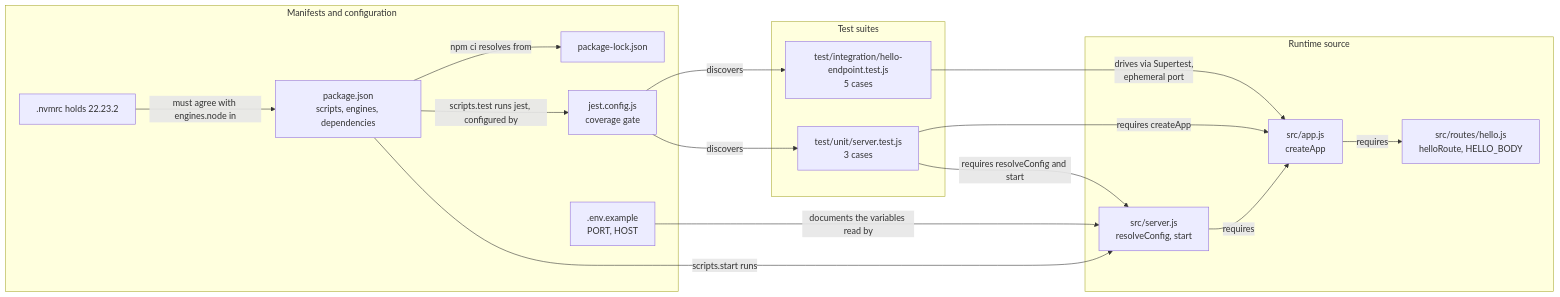
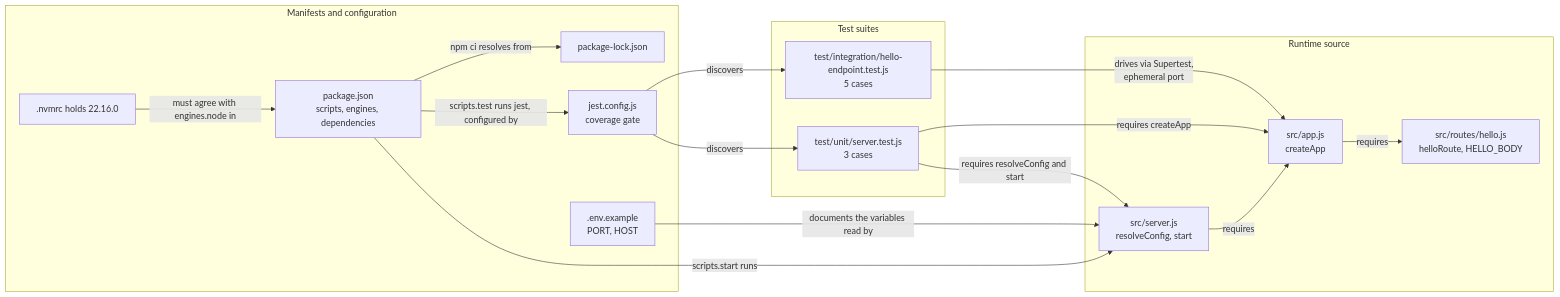
Before and after one commit to blitzytest02/blitzy-20250603112937552: the third of 3 diagrams in src/nodejs-tutorial/README.md, drawn with Mermaid. The commit also changed other lines of this file and 8 other files, not shown here.

````diff
--- a/src/nodejs-tutorial/README.md
+++ b/src/nodejs-tutorial/README.md
@@ -1033,32 +925,32 @@
 ```mermaid
 flowchart LR
     subgraph RuntimeSrc["Runtime source"]
         Server["src/server.js<br/>resolveConfig, start"]
         App["src/app.js<br/>createApp"]
         Hello["src/routes/hello.js<br/>helloRoute, HELLO_BODY"]
     end
     subgraph TestSuites["Test suites"]
         UnitT["test/unit/server.test.js<br/>3 cases"]
         IntT["test/integration/hello-endpoint.test.js<br/>5 cases"]
     end
     subgraph Manifests["Manifests and configuration"]
         Pkg["package.json<br/>scripts, engines, dependencies"]
         Lock["package-lock.json"]
-        Nvm[".nvmrc holds 22.23.2"]
+        Nvm[".nvmrc holds 22.16.0"]
         JestCfg["jest.config.js<br/>coverage gate"]
         EnvEx[".env.example<br/>PORT, HOST"]
     end
 
     Server -->|requires| App
     App -->|requires| Hello
     UnitT -->|"requires resolveConfig and start"| Server
     UnitT -->|"requires createApp"| App
     IntT -->|"drives via Supertest,<br/>ephemeral port"| App
     Pkg -->|"scripts.start runs"| Server
     Pkg -->|"scripts.test runs jest, configured by"| JestCfg
     Pkg -->|"npm ci resolves from"| Lock
     Nvm -->|"must agree with engines.node in"| Pkg
     EnvEx -->|"documents the variables read by"| Server
     JestCfg -->|discovers| UnitT
     JestCfg -->|discovers| IntT
 ```
````
